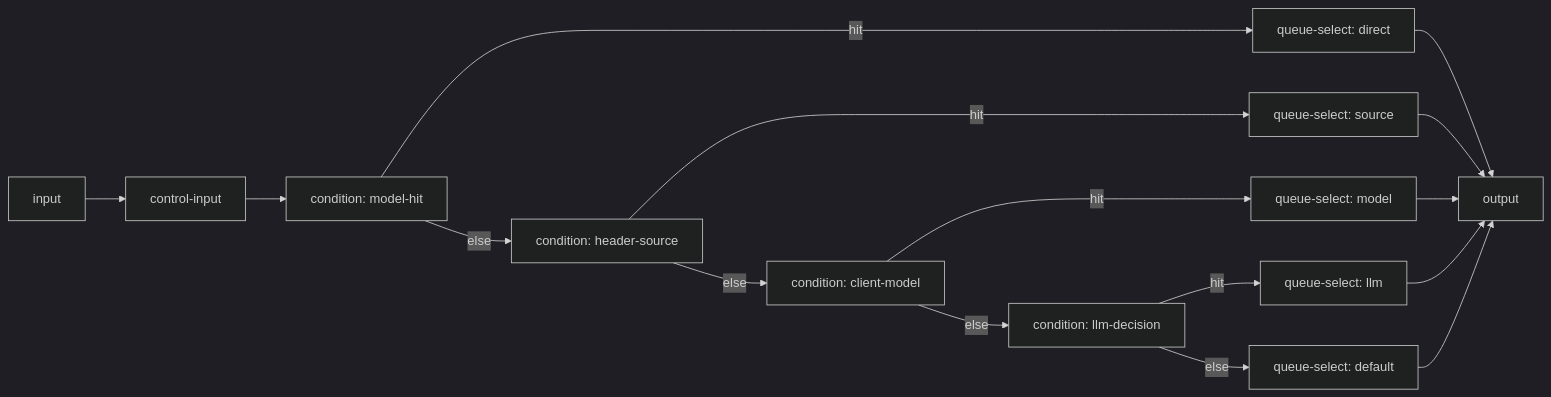
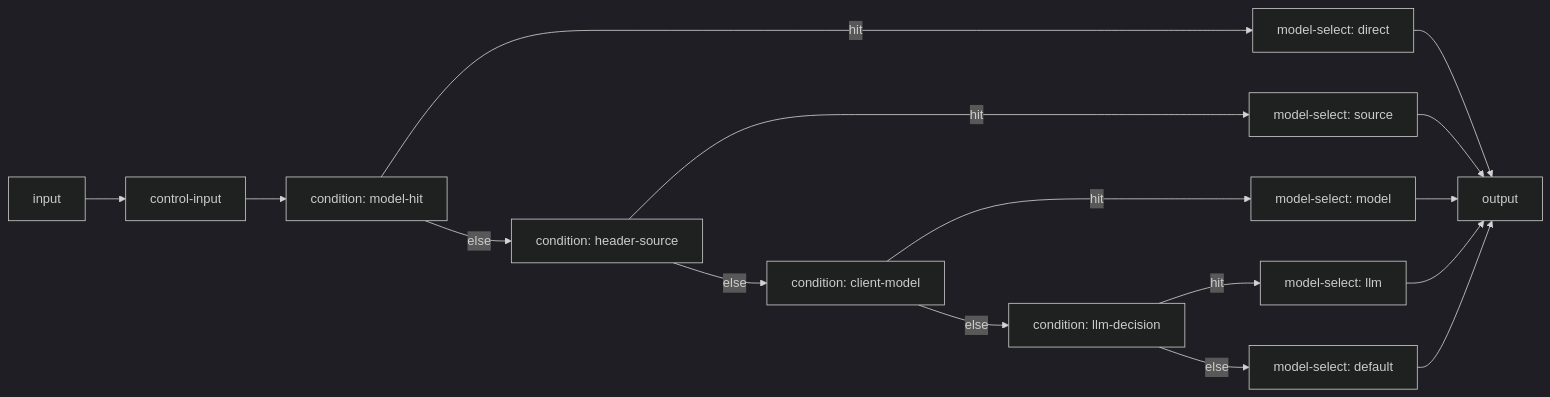
One commit to yinxulai/one-switch changed the diagram in product/desktop.md. Above: the diagram before and after it, drawn with Mermaid (dark theme). The commit also changed other lines of this file and 79 other files, not shown here.

First line of the commit message:
refactor: rename the queue concept to logical model throughout

````diff
--- a/product/desktop.md
+++ b/product/desktop.md
@@ -325,25 +325,25 @@
 ```mermaid
 flowchart LR
 	I[input]
 	C[control-input]
 	R1[condition: model-hit]
 	R2[condition: header-source]
 	R3[condition: client-model]
 	R4[condition: llm-decision]
-	Q1[queue-select: direct]
-	Q2[queue-select: source]
-	Q3[queue-select: model]
-	Q4[queue-select: llm]
-	QD[queue-select: default]
+	Q1[model-select: direct]
+	Q2[model-select: source]
+	Q3[model-select: model]
+	Q4[model-select: llm]
+	QD[model-select: default]
 	O[output]
 
 	I --> C --> R1
 	R1 -->|hit| Q1 --> O
 	R1 -->|else| R2
 	R2 -->|hit| Q2 --> O
 	R2 -->|else| R3
 	R3 -->|hit| Q3 --> O
 	R3 -->|else| R4
 	R4 -->|hit| Q4 --> O
 	R4 -->|else| QD --> O
 ```
````
